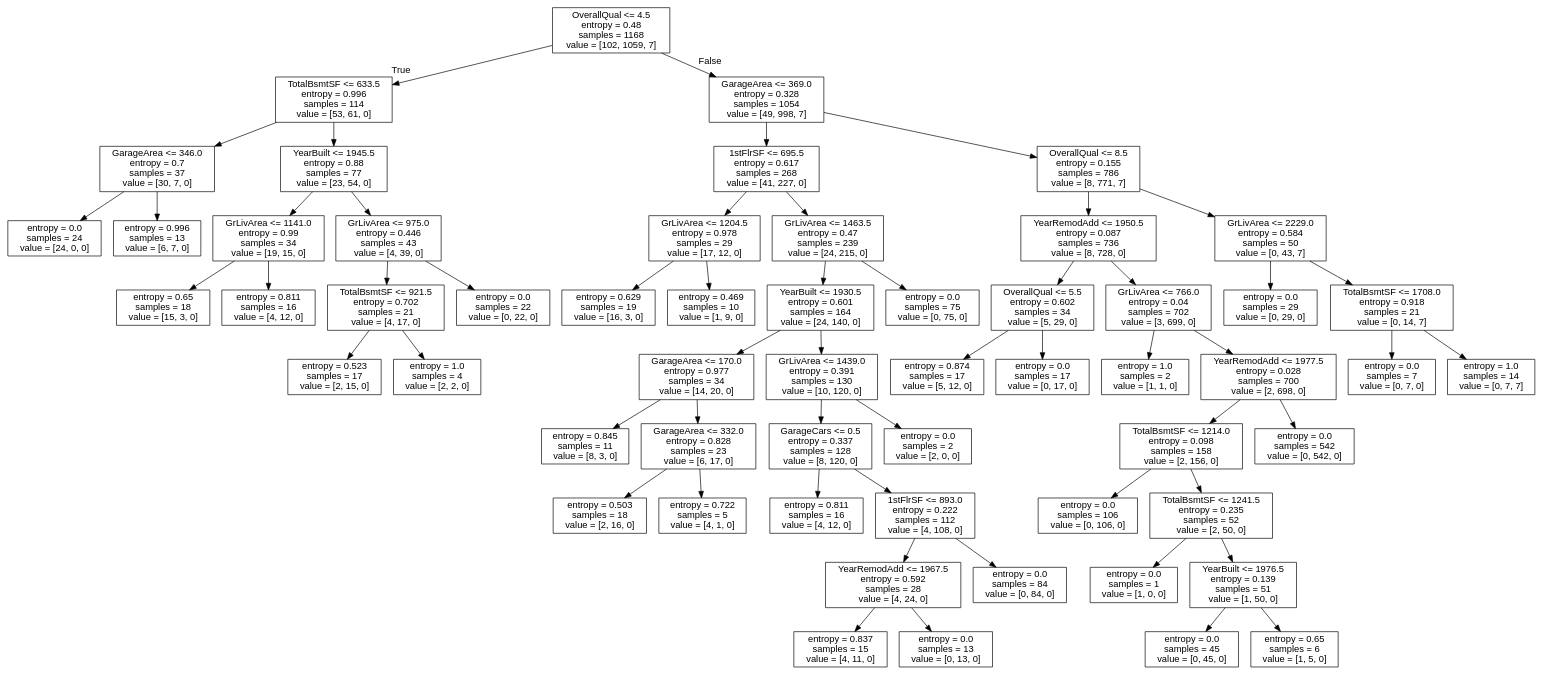
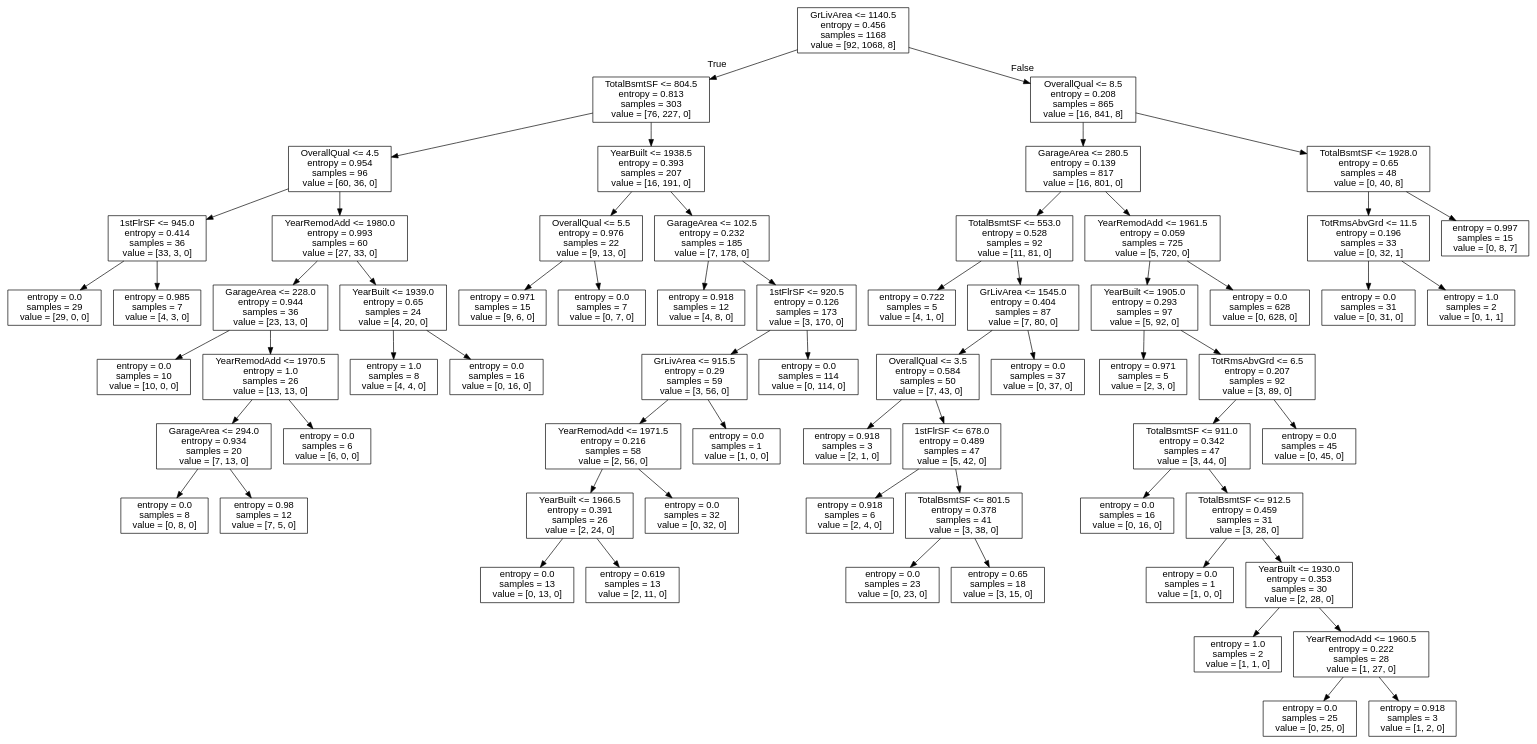
Before and after one commit to genomorro/unir: the diagram in out/tree_dc.dot, drawn with Graphviz. The commit also changed 2 other files, not shown here.

```diff
--- a/out/tree_dc.dot
+++ b/out/tree_dc.dot
@@ -1,117 +1,133 @@
 digraph Tree {
 node [shape=box, fontname="helvetica"] ;
 edge [fontname="helvetica"] ;
-0 [label="OverallQual <= 4.5\nentropy = 0.48\nsamples = 1168\nvalue = [102, 1059, 7]"] ;
-1 [label="TotalBsmtSF <= 633.5\nentropy = 0.996\nsamples = 114\nvalue = [53, 61, 0]"] ;
+0 [label="GrLivArea <= 1140.5\nentropy = 0.456\nsamples = 1168\nvalue = [92, 1068, 8]"] ;
+1 [label="TotalBsmtSF <= 804.5\nentropy = 0.813\nsamples = 303\nvalue = [76, 227, 0]"] ;
 0 -> 1 [labeldistance=2.5, labelangle=45, headlabel="True"] ;
-2 [label="GarageArea <= 346.0\nentropy = 0.7\nsamples = 37\nvalue = [30, 7, 0]"] ;
+2 [label="OverallQual <= 4.5\nentropy = 0.954\nsamples = 96\nvalue = [60, 36, 0]"] ;
 1 -> 2 ;
-3 [label="entropy = 0.0\nsamples = 24\nvalue = [24, 0, 0]"] ;
+3 [label="1stFlrSF <= 945.0\nentropy = 0.414\nsamples = 36\nvalue = [33, 3, 0]"] ;
 2 -> 3 ;
-4 [label="entropy = 0.996\nsamples = 13\nvalue = [6, 7, 0]"] ;
-2 -> 4 ;
-5 [label="YearBuilt <= 1945.5\nentropy = 0.88\nsamples = 77\nvalue = [23, 54, 0]"] ;
-1 -> 5 ;
-6 [label="GrLivArea <= 1141.0\nentropy = 0.99\nsamples = 34\nvalue = [19, 15, 0]"] ;
-5 -> 6 ;
-7 [label="entropy = 0.65\nsamples = 18\nvalue = [15, 3, 0]"] ;
+4 [label="entropy = 0.0\nsamples = 29\nvalue = [29, 0, 0]"] ;
+3 -> 4 ;
+5 [label="entropy = 0.985\nsamples = 7\nvalue = [4, 3, 0]"] ;
+3 -> 5 ;
+6 [label="YearRemodAdd <= 1980.0\nentropy = 0.993\nsamples = 60\nvalue = [27, 33, 0]"] ;
+2 -> 6 ;
+7 [label="GarageArea <= 228.0\nentropy = 0.944\nsamples = 36\nvalue = [23, 13, 0]"] ;
 6 -> 7 ;
-8 [label="entropy = 0.811\nsamples = 16\nvalue = [4, 12, 0]"] ;
-6 -> 8 ;
-9 [label="GrLivArea <= 975.0\nentropy = 0.446\nsamples = 43\nvalue = [4, 39, 0]"] ;
-5 -> 9 ;
-10 [label="TotalBsmtSF <= 921.5\nentropy = 0.702\nsamples = 21\nvalue = [4, 17, 0]"] ;
+8 [label="entropy = 0.0\nsamples = 10\nvalue = [10, 0, 0]"] ;
+7 -> 8 ;
+9 [label="YearRemodAdd <= 1970.5\nentropy = 1.0\nsamples = 26\nvalue = [13, 13, 0]"] ;
+7 -> 9 ;
+10 [label="GarageArea <= 294.0\nentropy = 0.934\nsamples = 20\nvalue = [7, 13, 0]"] ;
 9 -> 10 ;
-11 [label="entropy = 0.523\nsamples = 17\nvalue = [2, 15, 0]"] ;
+11 [label="entropy = 0.0\nsamples = 8\nvalue = [0, 8, 0]"] ;
 10 -> 11 ;
-12 [label="entropy = 1.0\nsamples = 4\nvalue = [2, 2, 0]"] ;
+12 [label="entropy = 0.98\nsamples = 12\nvalue = [7, 5, 0]"] ;
 10 -> 12 ;
-13 [label="entropy = 0.0\nsamples = 22\nvalue = [0, 22, 0]"] ;
+13 [label="entropy = 0.0\nsamples = 6\nvalue = [6, 0, 0]"] ;
 9 -> 13 ;
-14 [label="GarageArea <= 369.0\nentropy = 0.328\nsamples = 1054\nvalue = [49, 998, 7]"] ;
-0 -> 14 [labeldistance=2.5, labelangle=-45, headlabel="False"] ;
-15 [label="1stFlrSF <= 695.5\nentropy = 0.617\nsamples = 268\nvalue = [41, 227, 0]"] ;
+14 [label="YearBuilt <= 1939.0\nentropy = 0.65\nsamples = 24\nvalue = [4, 20, 0]"] ;
+6 -> 14 ;
+15 [label="entropy = 1.0\nsamples = 8\nvalue = [4, 4, 0]"] ;
 14 -> 15 ;
-16 [label="GrLivArea <= 1204.5\nentropy = 0.978\nsamples = 29\nvalue = [17, 12, 0]"] ;
-15 -> 16 ;
-17 [label="entropy = 0.629\nsamples = 19\nvalue = [16, 3, 0]"] ;
-16 -> 17 ;
-18 [label="entropy = 0.469\nsamples = 10\nvalue = [1, 9, 0]"] ;
-16 -> 18 ;
-19 [label="GrLivArea <= 1463.5\nentropy = 0.47\nsamples = 239\nvalue = [24, 215, 0]"] ;
-15 -> 19 ;
-20 [label="YearBuilt <= 1930.5\nentropy = 0.601\nsamples = 164\nvalue = [24, 140, 0]"] ;
-19 -> 20 ;
-21 [label="GarageArea <= 170.0\nentropy = 0.977\nsamples = 34\nvalue = [14, 20, 0]"] ;
-20 -> 21 ;
-22 [label="entropy = 0.845\nsamples = 11\nvalue = [8, 3, 0]"] ;
+16 [label="entropy = 0.0\nsamples = 16\nvalue = [0, 16, 0]"] ;
+14 -> 16 ;
+17 [label="YearBuilt <= 1938.5\nentropy = 0.393\nsamples = 207\nvalue = [16, 191, 0]"] ;
+1 -> 17 ;
+18 [label="OverallQual <= 5.5\nentropy = 0.976\nsamples = 22\nvalue = [9, 13, 0]"] ;
+17 -> 18 ;
+19 [label="entropy = 0.971\nsamples = 15\nvalue = [9, 6, 0]"] ;
+18 -> 19 ;
+20 [label="entropy = 0.0\nsamples = 7\nvalue = [0, 7, 0]"] ;
+18 -> 20 ;
+21 [label="GarageArea <= 102.5\nentropy = 0.232\nsamples = 185\nvalue = [7, 178, 0]"] ;
+17 -> 21 ;
+22 [label="entropy = 0.918\nsamples = 12\nvalue = [4, 8, 0]"] ;
 21 -> 22 ;
-23 [label="GarageArea <= 332.0\nentropy = 0.828\nsamples = 23\nvalue = [6, 17, 0]"] ;
+23 [label="1stFlrSF <= 920.5\nentropy = 0.126\nsamples = 173\nvalue = [3, 170, 0]"] ;
 21 -> 23 ;
-24 [label="entropy = 0.503\nsamples = 18\nvalue = [2, 16, 0]"] ;
+24 [label="GrLivArea <= 915.5\nentropy = 0.29\nsamples = 59\nvalue = [3, 56, 0]"] ;
 23 -> 24 ;
-25 [label="entropy = 0.722\nsamples = 5\nvalue = [4, 1, 0]"] ;
-23 -> 25 ;
-26 [label="GrLivArea <= 1439.0\nentropy = 0.391\nsamples = 130\nvalue = [10, 120, 0]"] ;
-20 -> 26 ;
-27 [label="GarageCars <= 0.5\nentropy = 0.337\nsamples = 128\nvalue = [8, 120, 0]"] ;
+25 [label="YearRemodAdd <= 1971.5\nentropy = 0.216\nsamples = 58\nvalue = [2, 56, 0]"] ;
+24 -> 25 ;
+26 [label="YearBuilt <= 1966.5\nentropy = 0.391\nsamples = 26\nvalue = [2, 24, 0]"] ;
+25 -> 26 ;
+27 [label="entropy = 0.0\nsamples = 13\nvalue = [0, 13, 0]"] ;
 26 -> 27 ;
-28 [label="entropy = 0.811\nsamples = 16\nvalue = [4, 12, 0]"] ;
-27 -> 28 ;
-29 [label="1stFlrSF <= 893.0\nentropy = 0.222\nsamples = 112\nvalue = [4, 108, 0]"] ;
-27 -> 29 ;
-30 [label="YearRemodAdd <= 1967.5\nentropy = 0.592\nsamples = 28\nvalue = [4, 24, 0]"] ;
-29 -> 30 ;
-31 [label="entropy = 0.837\nsamples = 15\nvalue = [4, 11, 0]"] ;
-30 -> 31 ;
-32 [label="entropy = 0.0\nsamples = 13\nvalue = [0, 13, 0]"] ;
-30 -> 32 ;
-33 [label="entropy = 0.0\nsamples = 84\nvalue = [0, 84, 0]"] ;
-29 -> 33 ;
-34 [label="entropy = 0.0\nsamples = 2\nvalue = [2, 0, 0]"] ;
-26 -> 34 ;
-35 [label="entropy = 0.0\nsamples = 75\nvalue = [0, 75, 0]"] ;
-19 -> 35 ;
-36 [label="OverallQual <= 8.5\nentropy = 0.155\nsamples = 786\nvalue = [8, 771, 7]"] ;
-14 -> 36 ;
-37 [label="YearRemodAdd <= 1950.5\nentropy = 0.087\nsamples = 736\nvalue = [8, 728, 0]"] ;
+28 [label="entropy = 0.619\nsamples = 13\nvalue = [2, 11, 0]"] ;
+26 -> 28 ;
+29 [label="entropy = 0.0\nsamples = 32\nvalue = [0, 32, 0]"] ;
+25 -> 29 ;
+30 [label="entropy = 0.0\nsamples = 1\nvalue = [1, 0, 0]"] ;
+24 -> 30 ;
+31 [label="entropy = 0.0\nsamples = 114\nvalue = [0, 114, 0]"] ;
+23 -> 31 ;
+32 [label="OverallQual <= 8.5\nentropy = 0.208\nsamples = 865\nvalue = [16, 841, 8]"] ;
+0 -> 32 [labeldistance=2.5, labelangle=-45, headlabel="False"] ;
+33 [label="GarageArea <= 280.5\nentropy = 0.139\nsamples = 817\nvalue = [16, 801, 0]"] ;
+32 -> 33 ;
+34 [label="TotalBsmtSF <= 553.0\nentropy = 0.528\nsamples = 92\nvalue = [11, 81, 0]"] ;
+33 -> 34 ;
+35 [label="entropy = 0.722\nsamples = 5\nvalue = [4, 1, 0]"] ;
+34 -> 35 ;
+36 [label="GrLivArea <= 1545.0\nentropy = 0.404\nsamples = 87\nvalue = [7, 80, 0]"] ;
+34 -> 36 ;
+37 [label="OverallQual <= 3.5\nentropy = 0.584\nsamples = 50\nvalue = [7, 43, 0]"] ;
 36 -> 37 ;
-38 [label="OverallQual <= 5.5\nentropy = 0.602\nsamples = 34\nvalue = [5, 29, 0]"] ;
+38 [label="entropy = 0.918\nsamples = 3\nvalue = [2, 1, 0]"] ;
 37 -> 38 ;
-39 [label="entropy = 0.874\nsamples = 17\nvalue = [5, 12, 0]"] ;
-38 -> 39 ;
-40 [label="entropy = 0.0\nsamples = 17\nvalue = [0, 17, 0]"] ;
-38 -> 40 ;
-41 [label="GrLivArea <= 766.0\nentropy = 0.04\nsamples = 702\nvalue = [3, 699, 0]"] ;
-37 -> 41 ;
-42 [label="entropy = 1.0\nsamples = 2\nvalue = [1, 1, 0]"] ;
+39 [label="1stFlrSF <= 678.0\nentropy = 0.489\nsamples = 47\nvalue = [5, 42, 0]"] ;
+37 -> 39 ;
+40 [label="entropy = 0.918\nsamples = 6\nvalue = [2, 4, 0]"] ;
+39 -> 40 ;
+41 [label="TotalBsmtSF <= 801.5\nentropy = 0.378\nsamples = 41\nvalue = [3, 38, 0]"] ;
+39 -> 41 ;
+42 [label="entropy = 0.0\nsamples = 23\nvalue = [0, 23, 0]"] ;
 41 -> 42 ;
-43 [label="YearRemodAdd <= 1977.5\nentropy = 0.028\nsamples = 700\nvalue = [2, 698, 0]"] ;
+43 [label="entropy = 0.65\nsamples = 18\nvalue = [3, 15, 0]"] ;
 41 -> 43 ;
-44 [label="TotalBsmtSF <= 1214.0\nentropy = 0.098\nsamples = 158\nvalue = [2, 156, 0]"] ;
-43 -> 44 ;
-45 [label="entropy = 0.0\nsamples = 106\nvalue = [0, 106, 0]"] ;
-44 -> 45 ;
-46 [label="TotalBsmtSF <= 1241.5\nentropy = 0.235\nsamples = 52\nvalue = [2, 50, 0]"] ;
-44 -> 46 ;
-47 [label="entropy = 0.0\nsamples = 1\nvalue = [1, 0, 0]"] ;
+44 [label="entropy = 0.0\nsamples = 37\nvalue = [0, 37, 0]"] ;
+36 -> 44 ;
+45 [label="YearRemodAdd <= 1961.5\nentropy = 0.059\nsamples = 725\nvalue = [5, 720, 0]"] ;
+33 -> 45 ;
+46 [label="YearBuilt <= 1905.0\nentropy = 0.293\nsamples = 97\nvalue = [5, 92, 0]"] ;
+45 -> 46 ;
+47 [label="entropy = 0.971\nsamples = 5\nvalue = [2, 3, 0]"] ;
 46 -> 47 ;
-48 [label="YearBuilt <= 1976.5\nentropy = 0.139\nsamples = 51\nvalue = [1, 50, 0]"] ;
+48 [label="TotRmsAbvGrd <= 6.5\nentropy = 0.207\nsamples = 92\nvalue = [3, 89, 0]"] ;
 46 -> 48 ;
-49 [label="entropy = 0.0\nsamples = 45\nvalue = [0, 45, 0]"] ;
+49 [label="TotalBsmtSF <= 911.0\nentropy = 0.342\nsamples = 47\nvalue = [3, 44, 0]"] ;
 48 -> 49 ;
-50 [label="entropy = 0.65\nsamples = 6\nvalue = [1, 5, 0]"] ;
-48 -> 50 ;
-51 [label="entropy = 0.0\nsamples = 542\nvalue = [0, 542, 0]"] ;
-43 -> 51 ;
-52 [label="GrLivArea <= 2229.0\nentropy = 0.584\nsamples = 50\nvalue = [0, 43, 7]"] ;
-36 -> 52 ;
-53 [label="entropy = 0.0\nsamples = 29\nvalue = [0, 29, 0]"] ;
-52 -> 53 ;
-54 [label="TotalBsmtSF <= 1708.0\nentropy = 0.918\nsamples = 21\nvalue = [0, 14, 7]"] ;
-52 -> 54 ;
-55 [label="entropy = 0.0\nsamples = 7\nvalue = [0, 7, 0]"] ;
-54 -> 55 ;
-56 [label="entropy = 1.0\nsamples = 14\nvalue = [0, 7, 7]"] ;
-54 -> 56 ;
+50 [label="entropy = 0.0\nsamples = 16\nvalue = [0, 16, 0]"] ;
+49 -> 50 ;
+51 [label="TotalBsmtSF <= 912.5\nentropy = 0.459\nsamples = 31\nvalue = [3, 28, 0]"] ;
+49 -> 51 ;
+52 [label="entropy = 0.0\nsamples = 1\nvalue = [1, 0, 0]"] ;
+51 -> 52 ;
+53 [label="YearBuilt <= 1930.0\nentropy = 0.353\nsamples = 30\nvalue = [2, 28, 0]"] ;
+51 -> 53 ;
+54 [label="entropy = 1.0\nsamples = 2\nvalue = [1, 1, 0]"] ;
+53 -> 54 ;
+55 [label="YearRemodAdd <= 1960.5\nentropy = 0.222\nsamples = 28\nvalue = [1, 27, 0]"] ;
+53 -> 55 ;
+56 [label="entropy = 0.0\nsamples = 25\nvalue = [0, 25, 0]"] ;
+55 -> 56 ;
+57 [label="entropy = 0.918\nsamples = 3\nvalue = [1, 2, 0]"] ;
+55 -> 57 ;
+58 [label="entropy = 0.0\nsamples = 45\nvalue = [0, 45, 0]"] ;
+48 -> 58 ;
+59 [label="entropy = 0.0\nsamples = 628\nvalue = [0, 628, 0]"] ;
+45 -> 59 ;
+60 [label="TotalBsmtSF <= 1928.0\nentropy = 0.65\nsamples = 48\nvalue = [0, 40, 8]"] ;
+32 -> 60 ;
+61 [label="TotRmsAbvGrd <= 11.5\nentropy = 0.196\nsamples = 33\nvalue = [0, 32, 1]"] ;
+60 -> 61 ;
+62 [label="entropy = 0.0\nsamples = 31\nvalue = [0, 31, 0]"] ;
+61 -> 62 ;
+63 [label="entropy = 1.0\nsamples = 2\nvalue = [0, 1, 1]"] ;
+61 -> 63 ;
+64 [label="entropy = 0.997\nsamples = 15\nvalue = [0, 8, 7]"] ;
+60 -> 64 ;
 }
```
